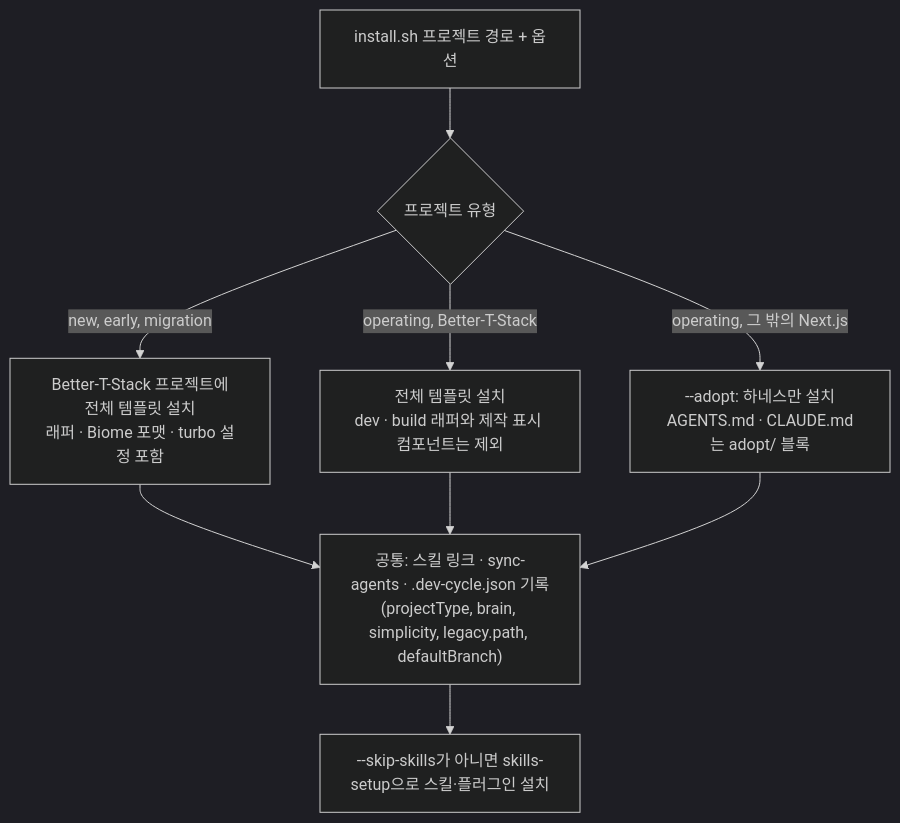
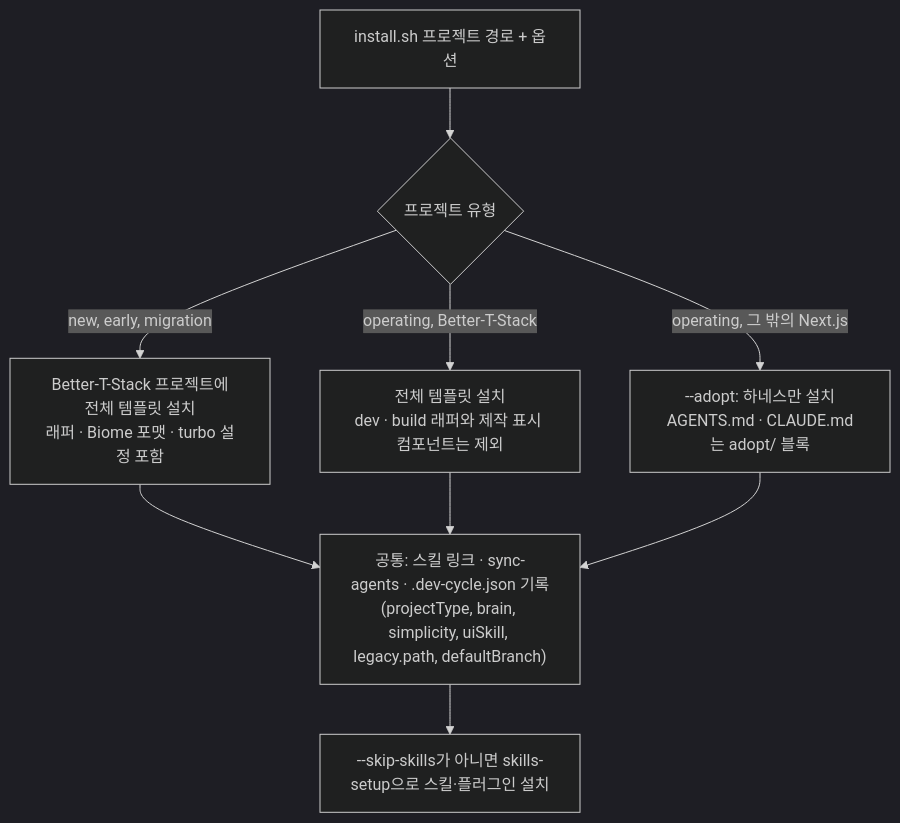
The diagram in handbook/templates/installer.md (roadkwon-ai/pro-kit), drawn with Mermaid (dark theme) before and after one commit. The commit also changed other lines of this file and 129 other files, not shown here.

````diff
--- a/handbook/templates/installer.md
+++ b/handbook/templates/installer.md
@@ -54,11 +55,11 @@
 ```mermaid
 flowchart TD
   S["install.sh 프로젝트 경로 + 옵션"] --> T{"프로젝트 유형"}
   T -->|"new, early, migration"| B["Better-T-Stack 프로젝트에<br/>전체 템플릿 설치<br/>래퍼 · Biome 포맷 · turbo 설정 포함"]
   T -->|"operating, Better-T-Stack"| O["전체 템플릿 설치<br/>dev · build 래퍼와 제작 표시 컴포넌트는 제외"]
   T -->|"operating, 그 밖의 Next.js"| A["--adopt: 하네스만 설치<br/>AGENTS.md · CLAUDE.md는 adopt/ 블록"]
-  B --> R["공통: 스킬 링크 · sync-agents · .dev-cycle.json 기록<br/>(projectType, brain, simplicity, legacy.path, defaultBranch)"]
+  B --> R["공통: 스킬 링크 · sync-agents · .dev-cycle.json 기록<br/>(projectType, brain, simplicity, uiSkill, legacy.path, defaultBranch)"]
   O --> R
   A --> R
   R --> K["--skip-skills가 아니면 skills-setup으로 스킬·플러그인 설치"]
 ```
````
